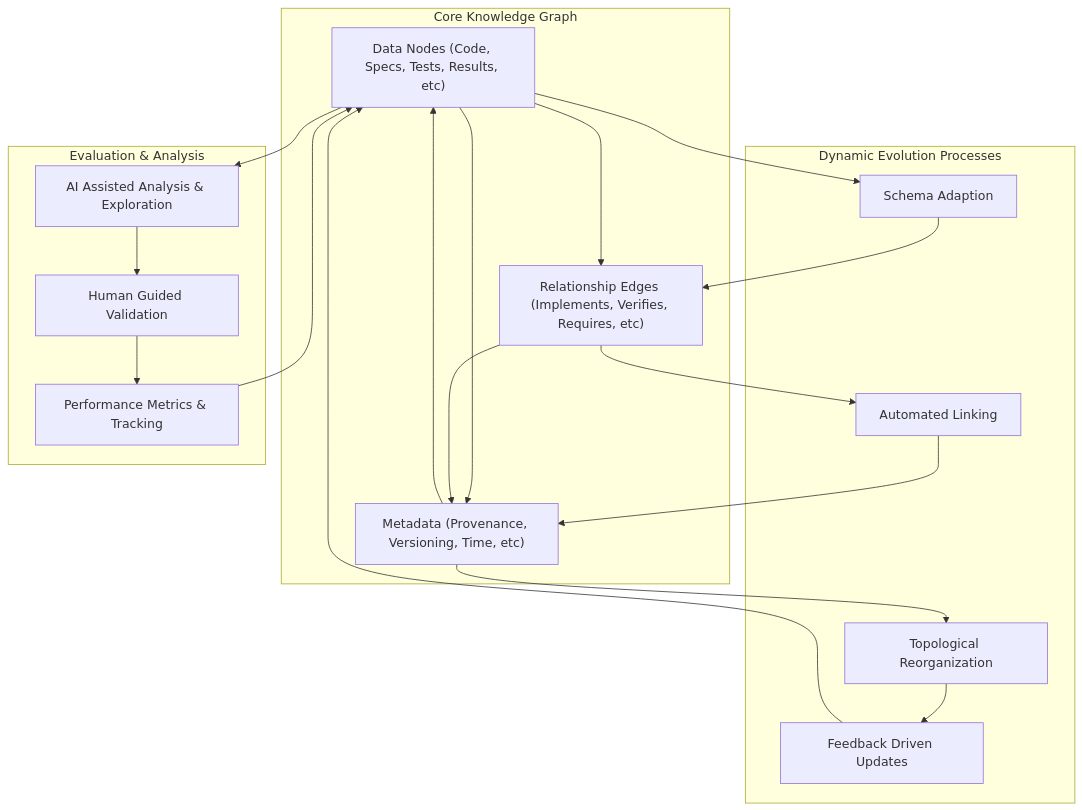
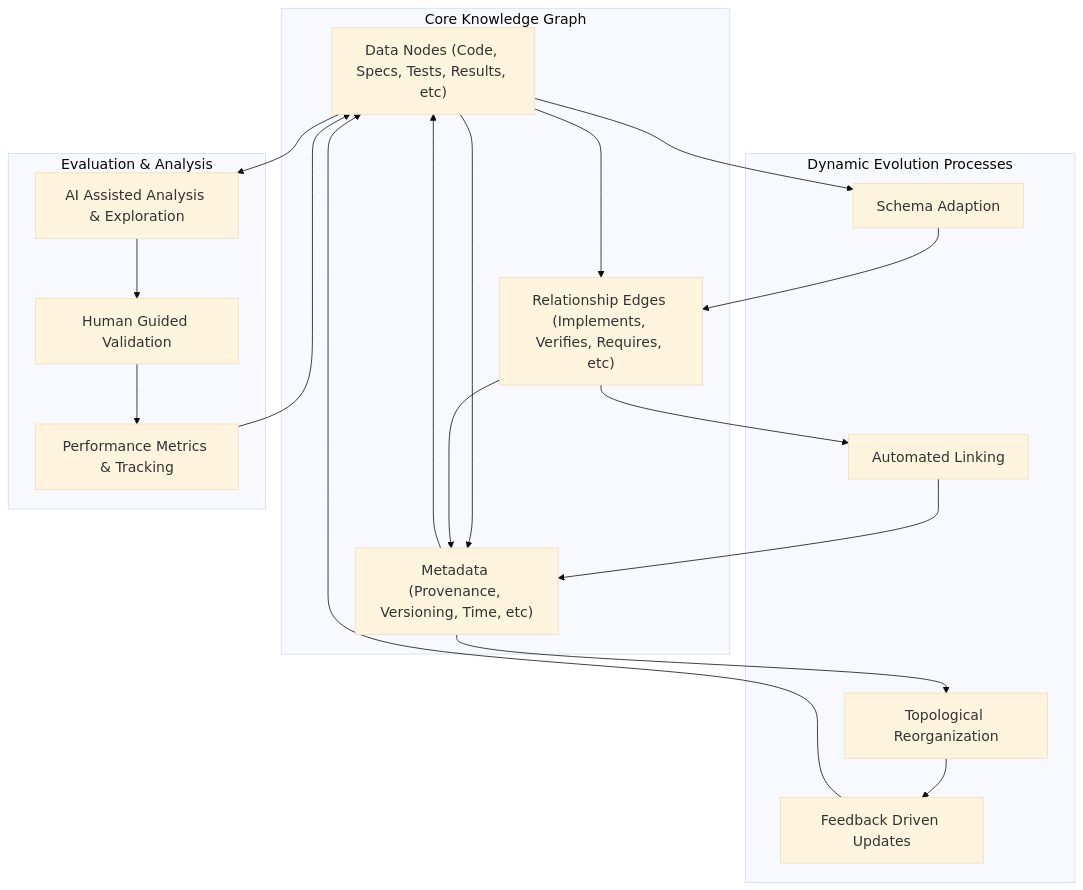
Before and after one commit to nshkrdotcom/EADS: the third of 3 diagrams in docs/EADS-20241211-1.md, drawn with Mermaid. The commit also changed other lines of this file and 1 other file, not shown here.

````diff
--- a/docs/EADS-20241211-1.md
+++ b/docs/EADS-20241211-1.md
@@ -191,39 +192,40 @@
 ```mermaid
+%%{init: {'theme': 'base', 'themeVariables': { 'fontSize': '18px'}}}%%
 graph
     subgraph CoreKnowledgeGraph["Core&nbsp;Knowledge&nbsp;Graph"]
         A["Data Nodes (Code, Specs, Tests, Results, etc)"]
         B["Relationship Edges (Implements, Verifies, Requires, etc)"]
         C["Metadata (Provenance, Versioning, Time, etc)"]
     end
 
     subgraph DynamicEvolutionProcesses["Dynamic&nbsp;Evolution&nbsp;Processes"]
         D["Schema Adaption"]
         E["Automated Linking"]
         F["Topological Reorganization"]
         G["Feedback Driven Updates"]
     end
 
     subgraph EvaluationAndAnalysis["Evaluation&nbsp;&&nbsp;Analysis"]
         H["AI Assisted Analysis & Exploration"]
         I["Human Guided Validation"]
         J["Performance Metrics & Tracking"]
     end
 
     A --> B
     A --> C
     B --> C
     C --> A
 
     A --> D
     D --> B
     B --> E
     E --> C
     C --> F
     F --> G
     G --> A
 
     A --> H
     H --> I
     I --> J
     J --> A
 ```
````
